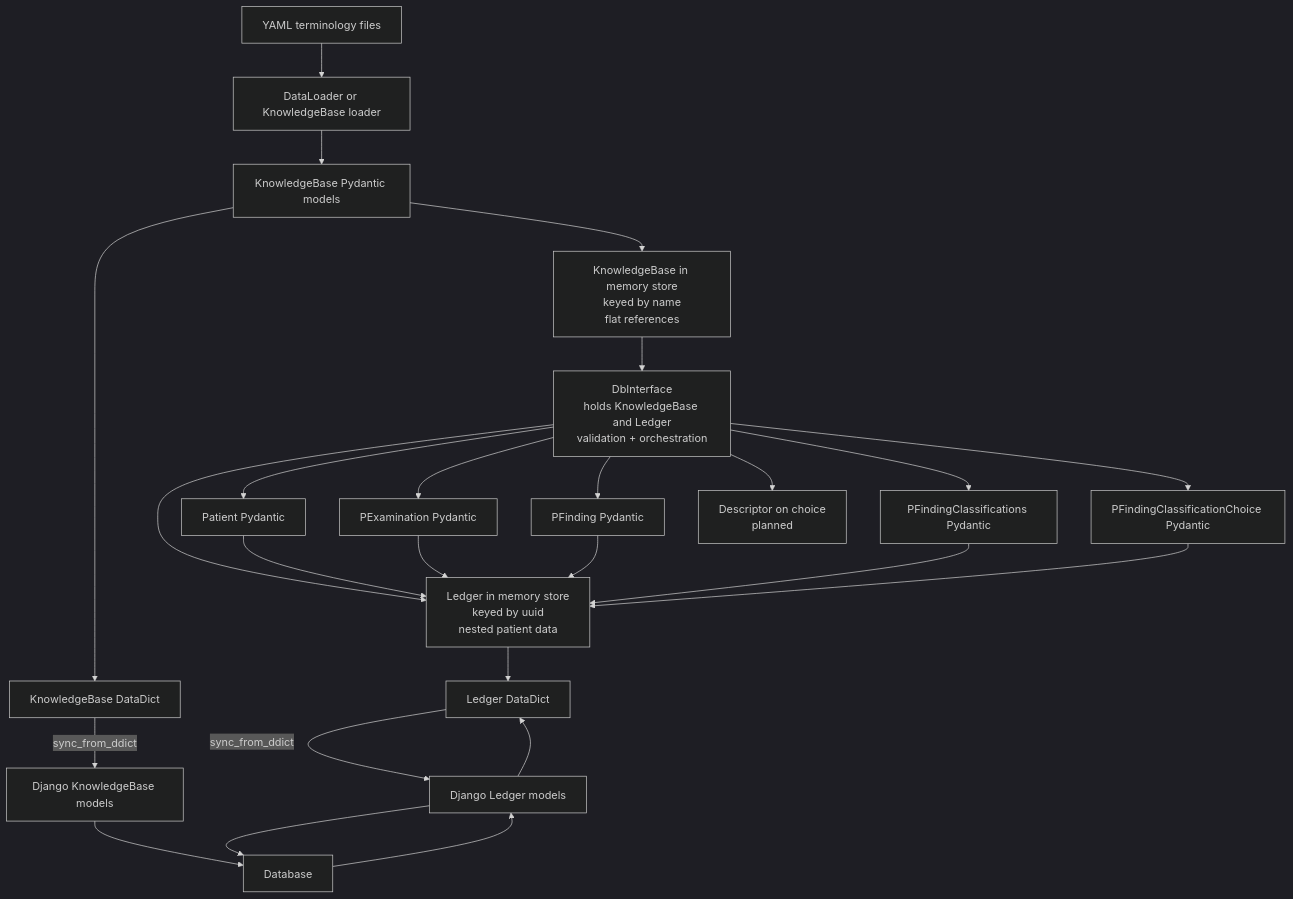
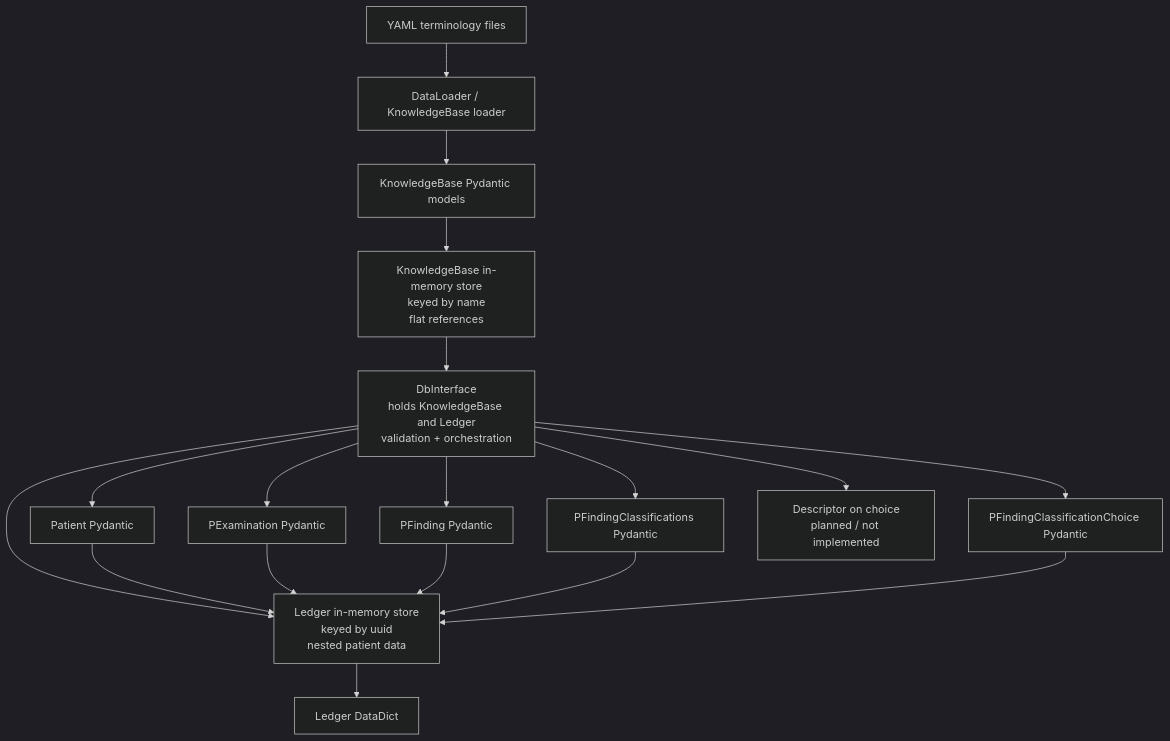
One commit to wg-lux/lx-data-models changed the diagram in docs/diagrams/summary.mmd. Above: the diagram before and after it, drawn with Mermaid (dark theme). The commit also changed 1 other file, not shown here.

```diff
--- a/docs/diagrams/summary.mmd
+++ b/docs/diagrams/summary.mmd
@@ -1,56 +1,46 @@
 flowchart TB
 
+  %% ---------- Terminology loading ----------
   YAML["YAML terminology files"]
 
-  LOADER["DataLoader or KnowledgeBase loader"]
+  LOADER["DataLoader / KnowledgeBase loader"]
   KB_PYD["KnowledgeBase Pydantic models"]
-  KB_STORE["KnowledgeBase in memory store<br/>keyed by name<br/>flat references"]
-  KB_DD["KnowledgeBase DataDict"]
+  KB_STORE["KnowledgeBase in-memory store<br/>keyed by name<br/>flat references"]
 
   YAML --> LOADER
   LOADER --> KB_PYD
   KB_PYD --> KB_STORE
-  KB_PYD --> KB_DD
 
+  %% ---------- DbInterface ----------
   DBI["DbInterface<br/>holds KnowledgeBase and Ledger<br/>validation + orchestration"]
 
   KB_STORE --> DBI
 
-  LEDGER_STORE["Ledger in memory store<br/>keyed by uuid<br/>nested patient data"]
+  %% ---------- Patient data creation ----------
+  LEDGER_STORE["Ledger in-memory store<br/>keyed by uuid<br/>nested patient data"]
+
   DBI --> LEDGER_STORE
 
   PATIENT["Patient Pydantic"]
   PEXAM["PExamination Pydantic"]
   PFIND["PFinding Pydantic"]
   PCLSOBJ["PFindingClassifications Pydantic"]
   PCHOICE["PFindingClassificationChoice Pydantic"]
-  PDESC["Descriptor on choice<br/>planned"]
+  PDESC["Descriptor on choice<br/>planned / not implemented"]
 
   DBI --> PATIENT
   DBI --> PEXAM
   DBI --> PFIND
   DBI --> PCLSOBJ
   DBI --> PCHOICE
   DBI --> PDESC
 
   PATIENT --> LEDGER_STORE
   PEXAM --> LEDGER_STORE
   PFIND --> LEDGER_STORE
   PCLSOBJ --> LEDGER_STORE
   PCHOICE --> LEDGER_STORE
 
+  %% ---------- Serialization ----------
   LEDGER_DD["Ledger DataDict"]
   LEDGER_STORE --> LEDGER_DD
-
-  DJ_KB["Django KnowledgeBase models"]
-  DJ_LEDGER["Django Ledger models"]
-  DB["Database"]
-
-  KB_DD -->|"sync_from_ddict"| DJ_KB
-  LEDGER_DD -->|"sync_from_ddict"| DJ_LEDGER
-
-  DJ_KB --> DB
-  DJ_LEDGER --> DB
-
-  DB --> DJ_LEDGER
-  DJ_LEDGER --> LEDGER_DD
```
